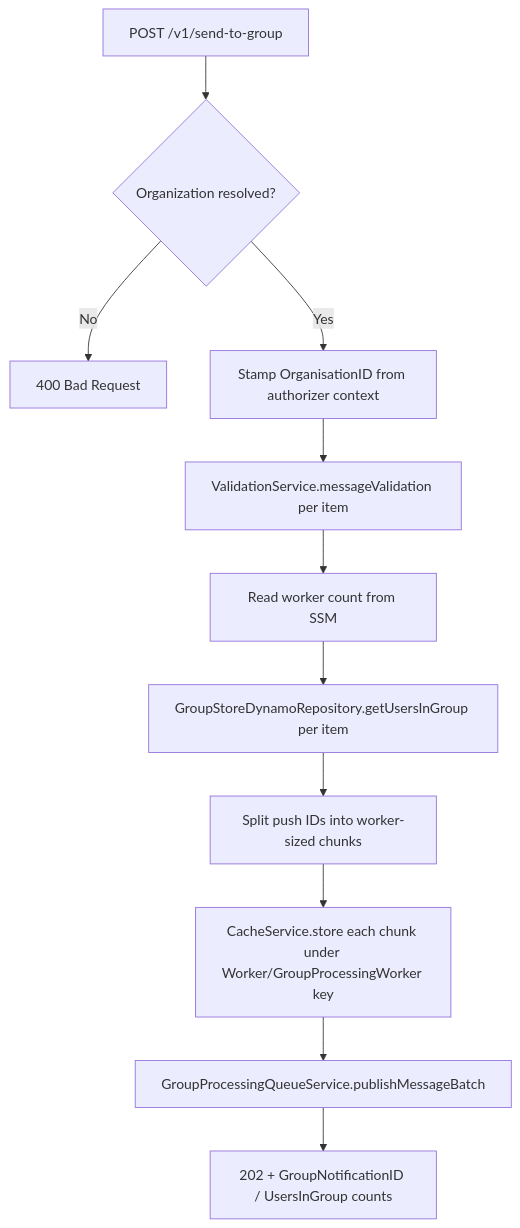
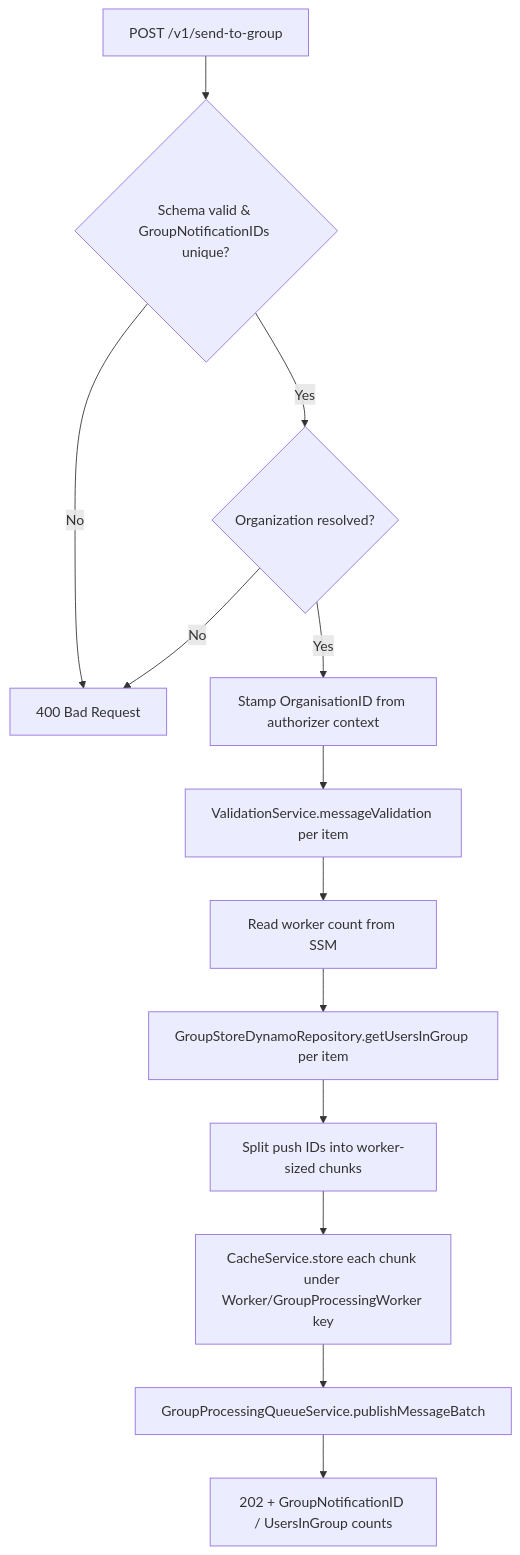
One commit to govuk-once/gds-unified-notification-service changed the diagram in src/lambdas/pso/http.postGroupMessage/README.md. Above: the diagram before and after it, drawn with Mermaid. The commit also changed other lines of this file and 29 other files, not shown here.

````diff
--- a/src/lambdas/pso/http.postGroupMessage/README.md
+++ b/src/lambdas/pso/http.postGroupMessage/README.md
@@ -47,13 +49,15 @@
 ```mermaid
 flowchart TD
-    A["POST /v1/send-to-group"] --> B{Organization resolved?}
+    A["POST /v1/send-to-group"] --> A1{"Schema valid & GroupNotificationIDs unique?"}
+    A1 -- No --> C
+    A1 -- Yes --> B{Organization resolved?}
     B -- No --> C[400 Bad Request]
     B -- Yes --> D[Stamp OrganisationID from authorizer context]
     D --> E["ValidationService.messageValidation per item"]
     E --> F[Read worker count from SSM]
     F --> G["GroupStoreDynamoRepository.getUsersInGroup per item"]
     G --> H[Split push IDs into worker-sized chunks]
     H --> I["CacheService.store each chunk under Worker/GroupProcessingWorker key"]
     I --> J["GroupProcessingQueueService.publishMessageBatch"]
     J --> K[202 + GroupNotificationID / UsersInGroup counts]
 ```
````
